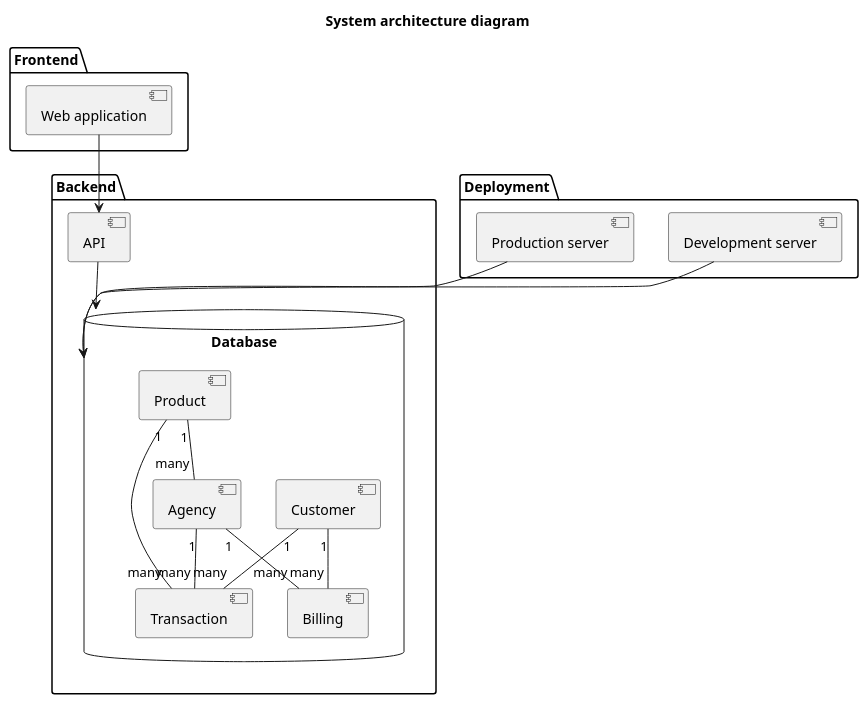
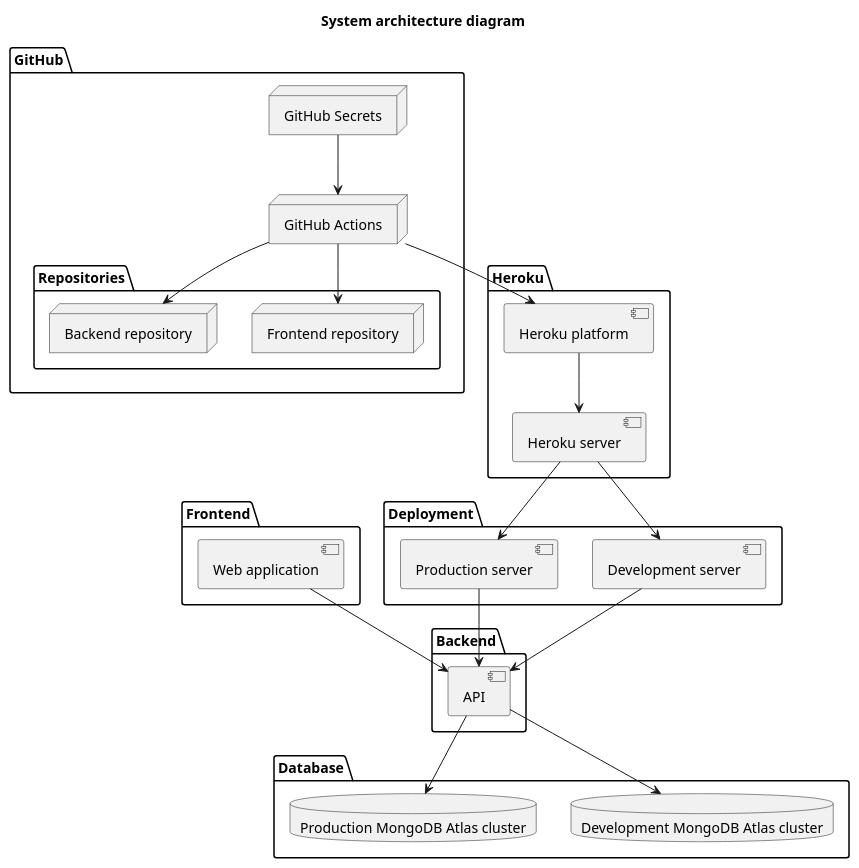
One commit to subinkhang/bktest changed the diagram in ecommerce/architecture.puml. Above: the diagram before and after it, drawn with PlantUML. The commit also changed 3 other files, not shown here.

Commit message:
fix architecture diagram

```diff
--- a/ecommerce/architecture.puml
+++ b/ecommerce/architecture.puml
@@ -1,40 +1,52 @@
 @startuml
 
 title System architecture diagram
+
+package "GitHub" {
+  package "Repositories" {
+    node "Frontend repository"
+    node "Backend repository"
+  }
+  node "GitHub Actions"
+  node "GitHub Secrets"
+}
 
 package "Frontend" {
   [Web application]
 }
 
 package "Backend" {
   [API]
-  [Database]
+}
+
+package "Heroku" {
+  [Heroku platform]
+  [Heroku server]
 }
 
 package "Deployment" {
   [Development server]
   [Production server]
 }
 
-[Web application] --> [API]
-[API] --> [Database]
-
-[Development server] --> [Database]
-[Production server] --> [Database]
-
-database "Database" {
-  [Product]
-  [Transaction]
-  [Billing]
-  [Customer]
-  [Agency]
+package "Database" {
+  database "Development MongoDB Atlas cluster"
+  database "Production MongoDB Atlas cluster"
 }
 
-[Product] "1" -- "many" [Transaction]
-[Product] "1" -- "many" [Agency]
-[Customer] "1" -- "many" [Transaction]
-[Customer] "1" -- "many" [Billing]
-[Agency] "1" -- "many" [Transaction]
-[Agency] "1" -- "many" [Billing]
+[Web application] --> [API]
+[API] --> [Development MongoDB Atlas cluster]
+[API] --> [Production MongoDB Atlas cluster]
+[Development server] --> [API]
+[Production server] --> [API]
+
+[Heroku server] --> [Development server]
+[Heroku server] --> [Production server]
+[Heroku platform] --> [Heroku server]
+
+[GitHub Actions] --> [Frontend repository]
+[GitHub Actions] --> [Backend repository]
+[GitHub Secrets] --> [GitHub Actions]
+[GitHub Actions] --> [Heroku platform]
 
 @enduml
```
